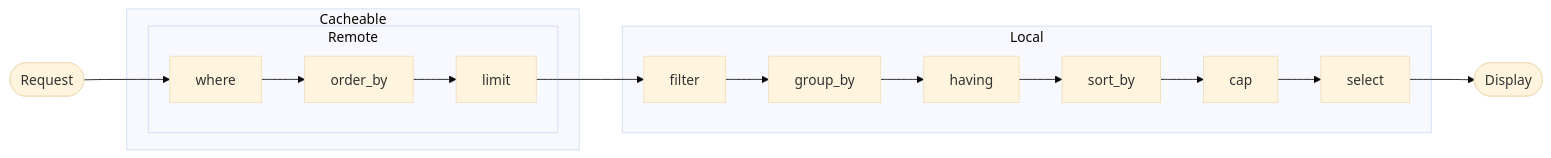
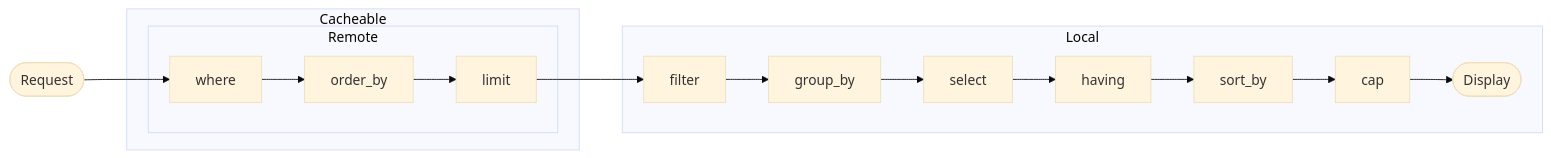
Before and after one commit to coddingtonbear/jira-select: the diagram in docs/query_lifecycle.rst, drawn with Mermaid (base theme). The commit also changed 1 other file, not shown here.

Commit message:
Early availability of select columns. (Abandoned; see below)
I was thinking earlier that it was kind of annoying having to re-specify
complex function calls in both the filter and select sections, so I
thought: why don't I run `select` a little earlier so those column
names will be available?

Unfortunately: I didn't like the way this fell out, and I've abandoned
this approach.

1. If you place `select` after `filter` and before `group_by`, `select`
   no longer has access to aggregated values.  Obviously, that's not
   acceptable given that one of the very things we document as being
   possible it the ability to use `len` for conting how many rows were
   grouped into a particular group.
2. If you place `select` after `group_by` and before `having`, it
   works just fine, but you _must_ include a column in the `select`
   block to use it in a `having`, and that makes some sense, but seems
   unnecessary.

I think I have an idea for a better approach, though: what if separate
the concept of `select` from re-using function calls by creating a new
query section named `calculate`?

```diff
--- a/docs/query_lifecycle.rst
+++ b/docs/query_lifecycle.rst
@@ -4,21 +4,21 @@
 .. mermaid::
 
    graph LR
      req([Request])
      req-->where
      subgraph Cacheable
        subgraph Remote
            where-->order_by
            order_by-->limit
        end
      end
      subgraph Local
        limit-->filt[filter]
        filt[filter]-->group_by
-       group_by-->having
+       group_by-->select
+       select-->having
        having-->sort_by
        sort_by-->cap
-       cap-->select
+       cap-->result
      end
      result([Display])
-     select-->result
```
